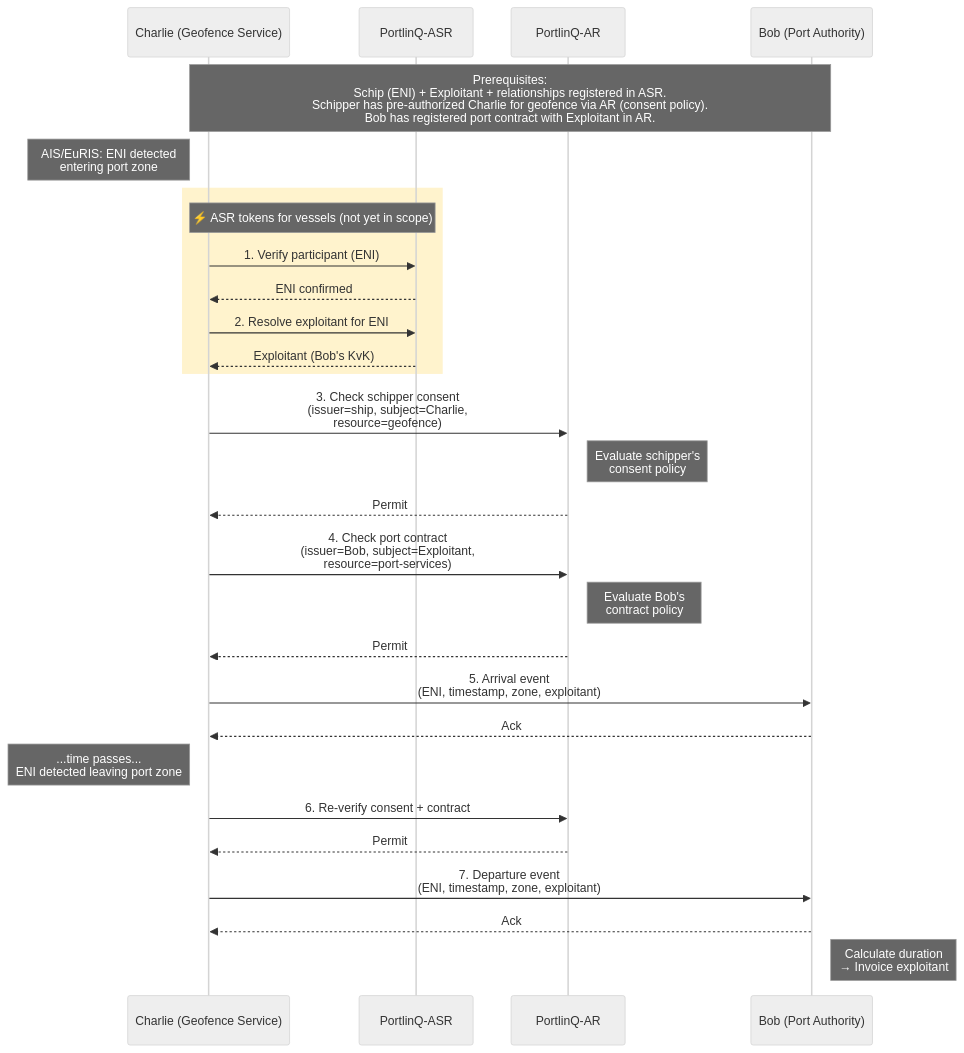
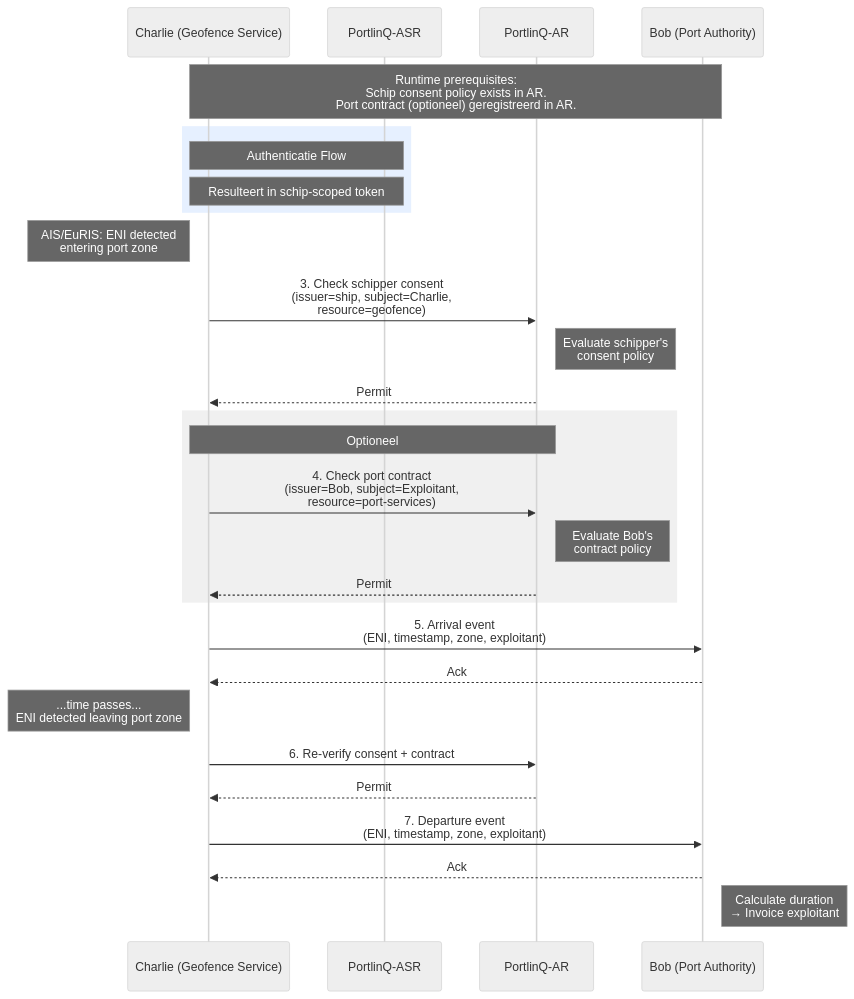
The second of 2 diagrams in portlinq/geofence-arrival.md (POORT8/Poort8.Docs), drawn with Mermaid (neutral theme) before and after one commit. The commit also changed other lines of this file and 4 other files, not shown here.

````diff
--- a/portlinq/geofence-arrival.md
+++ b/portlinq/geofence-arrival.md
@@ -15,42 +36,42 @@
 ```mermaid
 sequenceDiagram
     participant Charlie as Charlie (Geofence Service)
     participant ASR as PortlinQ-ASR
     participant AR as PortlinQ-AR
     participant Bob as Bob (Port Authority)
-    Note over Charlie,Bob: Prerequisites:<br/>Schip (ENI) + Exploitant + relationships registered in ASR.<br/>Schipper has pre-authorized Charlie for geofence via AR (consent policy).<br/>Bob has registered port contract with Exploitant in AR.
+    Note over Charlie,Bob: Runtime prerequisites:<br/>Schip consent policy exists in AR.<br/>Port contract (optioneel) geregistreerd in AR.
+
+
+    rect rgb(230, 240, 255)
+        Note over Charlie,ASR: Authenticatie Flow
+        Note over Charlie,ASR: Resulteert in schip-scoped token
+    end
 
     %% Ship detected
     Note left of Charlie: AIS/EuRIS: ENI detected<br/>entering port zone
-
-    %% Participant verification
-    rect rgb(255, 243, 205)
-        Note over Charlie,ASR: ⚡ ASR tokens for vessels (not yet in scope)
-        Charlie->>ASR: 1. Verify participant (ENI)
-        ASR-->>Charlie: ENI confirmed
-        Charlie->>ASR: 2. Resolve exploitant for ENI
-        ASR-->>Charlie: Exploitant (Bob's KvK)
-    end
-
+    
     %% Authorization checks
     Charlie->>AR: 3. Check schipper consent<br/>(issuer=ship, subject=Charlie,<br/>resource=geofence)
     Note right of AR: Evaluate schipper's<br/>consent policy
     AR-->>Charlie: Permit
-    Charlie->>AR: 4. Check port contract<br/>(issuer=Bob, subject=Exploitant,<br/>resource=port-services)
-    Note right of AR: Evaluate Bob's<br/>contract policy
-    AR-->>Charlie: Permit
+    rect rgb(240, 240, 240)
+        Note over Charlie,AR: Optioneel
+        Charlie->>AR: 4. Check port contract<br/>(issuer=Bob, subject=Exploitant,<br/>resource=port-services)
+        Note right of AR: Evaluate Bob's<br/>contract policy
+        AR-->>Charlie: Permit
+    end
 
     %% Arrival event
     Charlie->>Bob: 5. Arrival event<br/>(ENI, timestamp, zone, exploitant)
     Bob-->>Charlie: Ack
 
     %% Departure
     Note left of Charlie: ...time passes...<br/>ENI detected leaving port zone
     Charlie->>AR: 6. Re-verify consent + contract
     AR-->>Charlie: Permit
     Charlie->>Bob: 7. Departure event<br/>(ENI, timestamp, zone, exploitant)
     Bob-->>Charlie: Ack
 
     %% Invoicing
     Note right of Bob: Calculate duration<br/>→ Invoice exploitant
 ```
````
